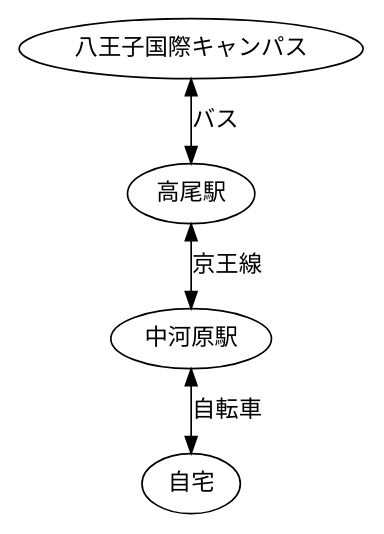
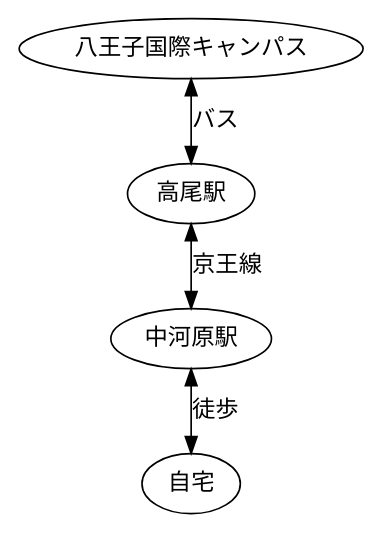
Before and after one commit to DCS-1-301-02-2025/cl-group-b08: the diagram in route03.md, drawn with Graphviz.

Commit message:
中村の経路

````diff
--- a/route03.md
+++ b/route03.md
@@ -5,11 +5,11 @@
 ```graphviz
 digraph {
     edge [dir=both]
     
     八王子国際キャンパス -> 高尾駅 [label=バス]
     高尾駅 -> 中河原駅 [label=京王線]
-    中河原駅 -> 自宅 [label=自転車]
+    中河原駅 -> 自宅 [label=徒歩]
    
 
 }
 ```
````
